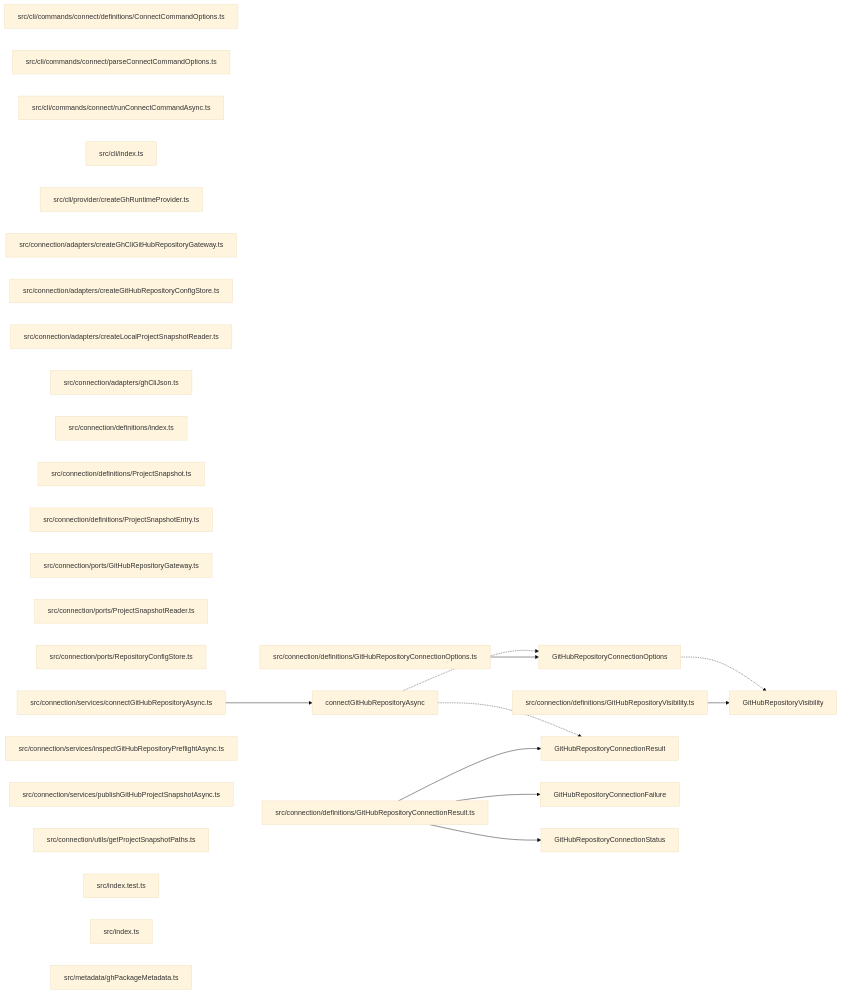
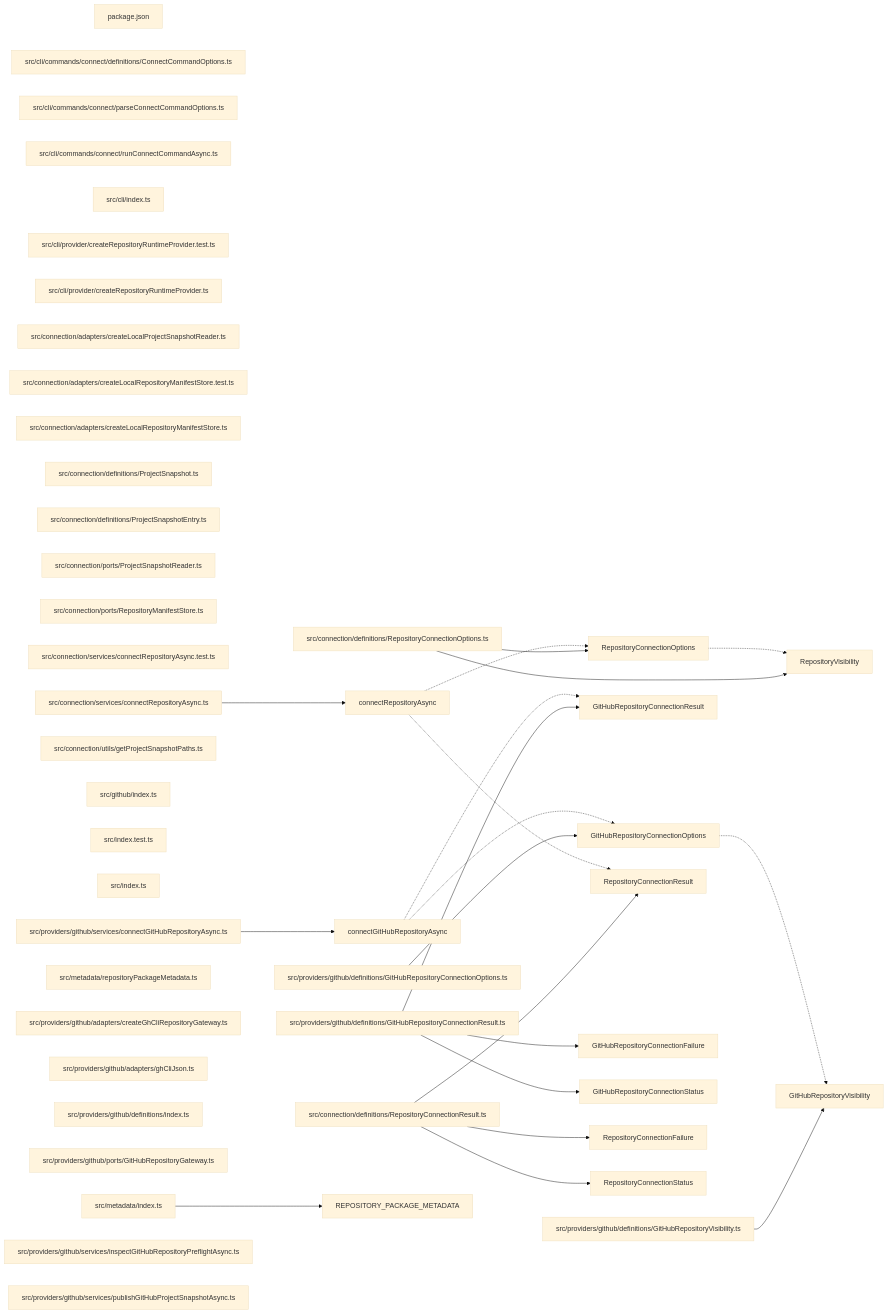
The diagram in paradox/diagrams/export-graph.mmd (ankhorage/gh), drawn with Mermaid (base theme) before and after one commit. The commit also changed 50 other files, not shown here.

```diff
--- a/paradox/diagrams/export-graph.mmd
+++ b/paradox/diagrams/export-graph.mmd
@@ -1,41 +1,67 @@
 graph LR
+  module_package_json["package.json"]
   module_src_cli_commands_connect_definitions_ConnectCommandOptions_ts["src/cli/commands/connect/definitions/ConnectCommandOptions.ts"]
   module_src_cli_commands_connect_parseConnectCommandOptions_ts["src/cli/commands/connect/parseConnectCommandOptions.ts"]
   module_src_cli_commands_connect_runConnectCommandAsync_ts["src/cli/commands/connect/runConnectCommandAsync.ts"]
   module_src_cli_index_ts["src/cli/index.ts"]
-  module_src_cli_provider_createGhRuntimeProvider_ts["src/cli/provider/createGhRuntimeProvider.ts"]
-  module_src_connection_adapters_createGhCliGitHubRepositoryGateway_ts["src/connection/adapters/createGhCliGitHubRepositoryGateway.ts"]
-  module_src_connection_adapters_createGitHubRepositoryConfigStore_ts["src/connection/adapters/createGitHubRepositoryConfigStore.ts"]
+  module_src_cli_provider_createRepositoryRuntimeProvider_test_ts["src/cli/provider/createRepositoryRuntimeProvider.test.ts"]
+  module_src_cli_provider_createRepositoryRuntimeProvider_ts["src/cli/provider/createRepositoryRuntimeProvider.ts"]
   module_src_connection_adapters_createLocalProjectSnapshotReader_ts["src/connection/adapters/createLocalProjectSnapshotReader.ts"]
-  module_src_connection_adapters_ghCliJson_ts["src/connection/adapters/ghCliJson.ts"]
-  module_src_connection_definitions_GitHubRepositoryConnectionOptions_ts["src/connection/definitions/GitHubRepositoryConnectionOptions.ts"]
-  module_src_connection_definitions_GitHubRepositoryConnectionResult_ts["src/connection/definitions/GitHubRepositoryConnectionResult.ts"]
-  module_src_connection_definitions_GitHubRepositoryVisibility_ts["src/connection/definitions/GitHubRepositoryVisibility.ts"]
-  module_src_connection_definitions_index_ts["src/connection/definitions/index.ts"]
+  module_src_connection_adapters_createLocalRepositoryManifestStore_test_ts["src/connection/adapters/createLocalRepositoryManifestStore.test.ts"]
+  module_src_connection_adapters_createLocalRepositoryManifestStore_ts["src/connection/adapters/createLocalRepositoryManifestStore.ts"]
   module_src_connection_definitions_ProjectSnapshot_ts["src/connection/definitions/ProjectSnapshot.ts"]
   module_src_connection_definitions_ProjectSnapshotEntry_ts["src/connection/definitions/ProjectSnapshotEntry.ts"]
-  module_src_connection_ports_GitHubRepositoryGateway_ts["src/connection/ports/GitHubRepositoryGateway.ts"]
+  module_src_connection_definitions_RepositoryConnectionOptions_ts["src/connection/definitions/RepositoryConnectionOptions.ts"]
+  module_src_connection_definitions_RepositoryConnectionResult_ts["src/connection/definitions/RepositoryConnectionResult.ts"]
   module_src_connection_ports_ProjectSnapshotReader_ts["src/connection/ports/ProjectSnapshotReader.ts"]
-  module_src_connection_ports_RepositoryConfigStore_ts["src/connection/ports/RepositoryConfigStore.ts"]
-  module_src_connection_services_connectGitHubRepositoryAsync_ts["src/connection/services/connectGitHubRepositoryAsync.ts"]
-  module_src_connection_services_inspectGitHubRepositoryPreflightAsync_ts["src/connection/services/inspectGitHubRepositoryPreflightAsync.ts"]
-  module_src_connection_services_publishGitHubProjectSnapshotAsync_ts["src/connection/services/publishGitHubProjectSnapshotAsync.ts"]
+  module_src_connection_ports_RepositoryManifestStore_ts["src/connection/ports/RepositoryManifestStore.ts"]
+  module_src_connection_services_connectRepositoryAsync_test_ts["src/connection/services/connectRepositoryAsync.test.ts"]
+  module_src_connection_services_connectRepositoryAsync_ts["src/connection/services/connectRepositoryAsync.ts"]
   module_src_connection_utils_getProjectSnapshotPaths_ts["src/connection/utils/getProjectSnapshotPaths.ts"]
+  module_src_github_index_ts["src/github/index.ts"]
   module_src_index_test_ts["src/index.test.ts"]
   module_src_index_ts["src/index.ts"]
-  module_src_metadata_ghPackageMetadata_ts["src/metadata/ghPackageMetadata.ts"]
+  module_src_metadata_index_ts["src/metadata/index.ts"]
+  module_src_metadata_repositoryPackageMetadata_ts["src/metadata/repositoryPackageMetadata.ts"]
+  module_src_providers_github_adapters_createGhCliRepositoryGateway_ts["src/providers/github/adapters/createGhCliRepositoryGateway.ts"]
+  module_src_providers_github_adapters_ghCliJson_ts["src/providers/github/adapters/ghCliJson.ts"]
+  module_src_providers_github_definitions_GitHubRepositoryConnectionOptions_ts["src/providers/github/definitions/GitHubRepositoryConnectionOptions.ts"]
+  module_src_providers_github_definitions_GitHubRepositoryConnectionResult_ts["src/providers/github/definitions/GitHubRepositoryConnectionResult.ts"]
+  module_src_providers_github_definitions_GitHubRepositoryVisibility_ts["src/providers/github/definitions/GitHubRepositoryVisibility.ts"]
+  module_src_providers_github_definitions_index_ts["src/providers/github/definitions/index.ts"]
+  module_src_providers_github_ports_GitHubRepositoryGateway_ts["src/providers/github/ports/GitHubRepositoryGateway.ts"]
+  module_src_providers_github_services_connectGitHubRepositoryAsync_ts["src/providers/github/services/connectGitHubRepositoryAsync.ts"]
+  module_src_providers_github_services_inspectGitHubRepositoryPreflightAsync_ts["src/providers/github/services/inspectGitHubRepositoryPreflightAsync.ts"]
+  module_src_providers_github_services_publishGitHubProjectSnapshotAsync_ts["src/providers/github/services/publishGitHubProjectSnapshotAsync.ts"]
   export_connectGitHubRepositoryAsync["connectGitHubRepositoryAsync"]
-  module_src_connection_services_connectGitHubRepositoryAsync_ts --> export_connectGitHubRepositoryAsync
+  module_src_providers_github_services_connectGitHubRepositoryAsync_ts --> export_connectGitHubRepositoryAsync
   export_connectGitHubRepositoryAsync -.-> export_GitHubRepositoryConnectionOptions
   export_connectGitHubRepositoryAsync -.-> export_GitHubRepositoryConnectionResult
+  export_connectRepositoryAsync["connectRepositoryAsync"]
+  module_src_connection_services_connectRepositoryAsync_ts --> export_connectRepositoryAsync
+  export_connectRepositoryAsync -.-> export_RepositoryConnectionOptions
+  export_connectRepositoryAsync -.-> export_RepositoryConnectionResult
   export_GitHubRepositoryConnectionFailure["GitHubRepositoryConnectionFailure"]
-  module_src_connection_definitions_GitHubRepositoryConnectionResult_ts --> export_GitHubRepositoryConnectionFailure
+  module_src_providers_github_definitions_GitHubRepositoryConnectionResult_ts --> export_GitHubRepositoryConnectionFailure
   export_GitHubRepositoryConnectionOptions["GitHubRepositoryConnectionOptions"]
-  module_src_connection_definitions_GitHubRepositoryConnectionOptions_ts --> export_GitHubRepositoryConnectionOptions
+  module_src_providers_github_definitions_GitHubRepositoryConnectionOptions_ts --> export_GitHubRepositoryConnectionOptions
   export_GitHubRepositoryConnectionOptions -.-> export_GitHubRepositoryVisibility
   export_GitHubRepositoryConnectionResult["GitHubRepositoryConnectionResult"]
-  module_src_connection_definitions_GitHubRepositoryConnectionResult_ts --> export_GitHubRepositoryConnectionResult
+  module_src_providers_github_definitions_GitHubRepositoryConnectionResult_ts --> export_GitHubRepositoryConnectionResult
   export_GitHubRepositoryConnectionStatus["GitHubRepositoryConnectionStatus"]
-  module_src_connection_definitions_GitHubRepositoryConnectionResult_ts --> export_GitHubRepositoryConnectionStatus
+  module_src_providers_github_definitions_GitHubRepositoryConnectionResult_ts --> export_GitHubRepositoryConnectionStatus
   export_GitHubRepositoryVisibility["GitHubRepositoryVisibility"]
-  module_src_connection_definitions_GitHubRepositoryVisibility_ts --> export_GitHubRepositoryVisibility
+  module_src_providers_github_definitions_GitHubRepositoryVisibility_ts --> export_GitHubRepositoryVisibility
+  export_REPOSITORY_PACKAGE_METADATA["REPOSITORY_PACKAGE_METADATA"]
+  module_src_metadata_index_ts --> export_REPOSITORY_PACKAGE_METADATA
+  export_RepositoryConnectionFailure["RepositoryConnectionFailure"]
+  module_src_connection_definitions_RepositoryConnectionResult_ts --> export_RepositoryConnectionFailure
+  export_RepositoryConnectionOptions["RepositoryConnectionOptions"]
+  module_src_connection_definitions_RepositoryConnectionOptions_ts --> export_RepositoryConnectionOptions
+  export_RepositoryConnectionOptions -.-> export_RepositoryVisibility
+  export_RepositoryConnectionResult["RepositoryConnectionResult"]
+  module_src_connection_definitions_RepositoryConnectionResult_ts --> export_RepositoryConnectionResult
+  export_RepositoryConnectionStatus["RepositoryConnectionStatus"]
+  module_src_connection_definitions_RepositoryConnectionResult_ts --> export_RepositoryConnectionStatus
+  export_RepositoryVisibility["RepositoryVisibility"]
+  module_src_connection_definitions_RepositoryConnectionOptions_ts --> export_RepositoryVisibility
```
